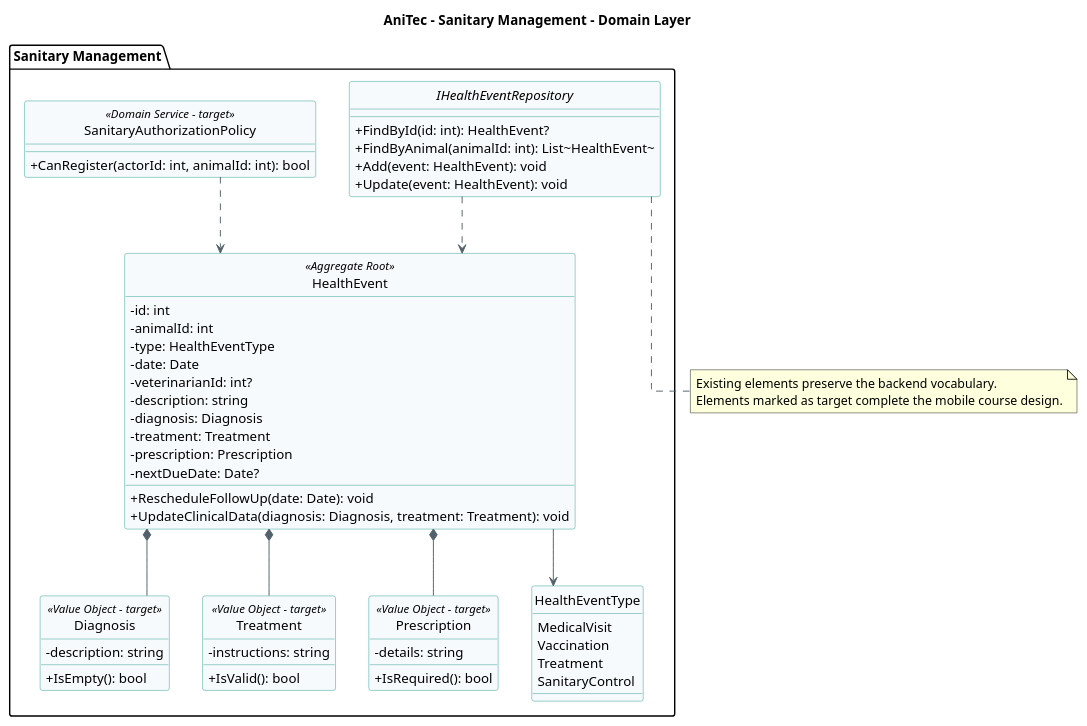
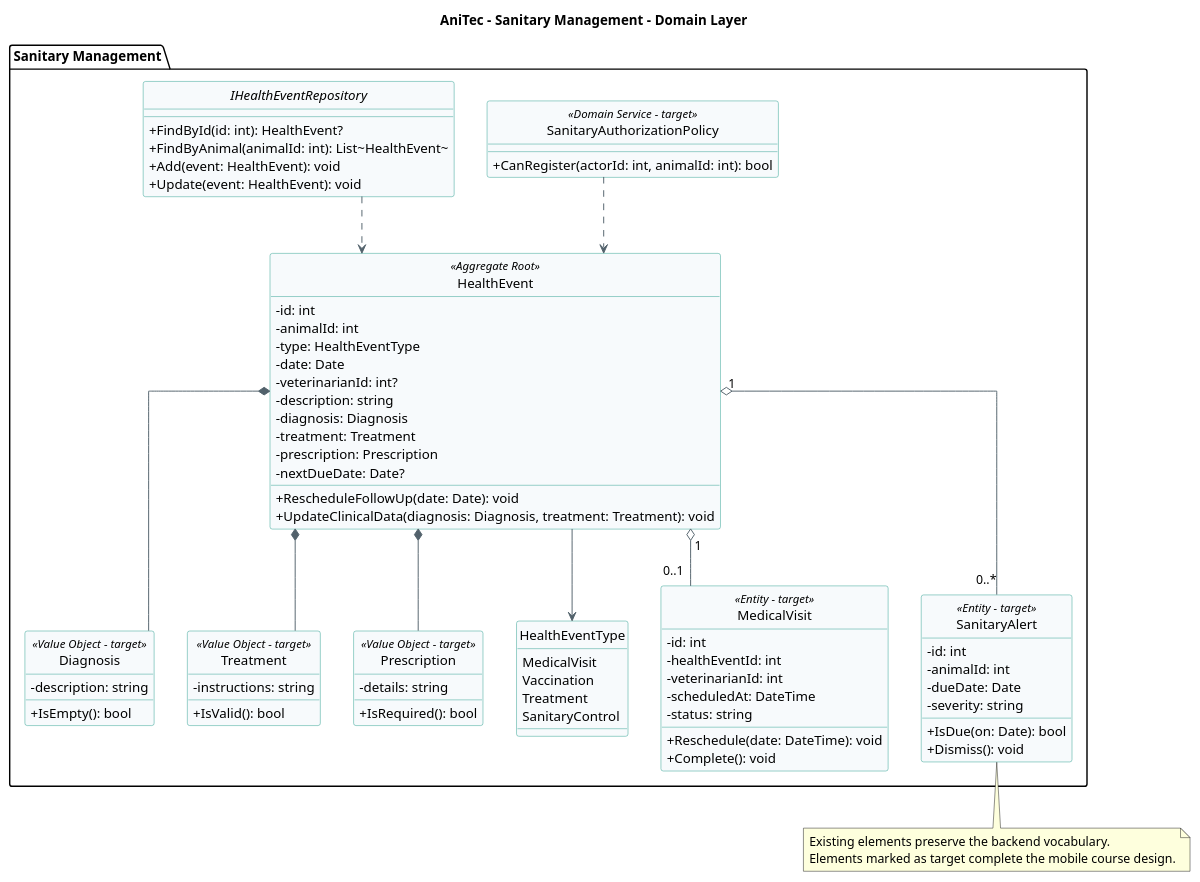
One commit to ADM-1ACC0238-2620-13975-Grupo01/Informe changed the diagram in markdown/assets/codefordiagrams/2-6-4-Bounded-Context-Sanitary-Management/domain-layer-class-diagram.puml. Above: the diagram before and after it, drawn with PlantUML. The commit also changed 20 other files, not shown here.

```diff
--- a/markdown/assets/codefordiagrams/2-6-4-Bounded-Context-Sanitary-Management/domain-layer-class-diagram.puml
+++ b/markdown/assets/codefordiagrams/2-6-4-Bounded-Context-Sanitary-Management/domain-layer-class-diagram.puml
@@ -1,67 +1,86 @@
 @startuml
 title AniTec - Sanitary Management - Domain Layer
 hide circle
 skinparam classAttributeIconSize 0
 skinparam shadowing false
 skinparam linetype ortho
 skinparam class {
   BackgroundColor #F7FAFC
   BorderColor #2A9D8F
   ArrowColor #52616B
 }
 
 package "Sanitary Management" {
 class HealthEvent <<Aggregate Root>> {
   -id: int
   -animalId: int
   -type: HealthEventType
   -date: Date
   -veterinarianId: int?
   -description: string
   -diagnosis: Diagnosis
   -treatment: Treatment
   -prescription: Prescription
   -nextDueDate: Date?
   +RescheduleFollowUp(date: Date): void
   +UpdateClinicalData(diagnosis: Diagnosis, treatment: Treatment): void
 }
 class Diagnosis <<Value Object - target>> {
   -description: string
   +IsEmpty(): bool
 }
 class Treatment <<Value Object - target>> {
   -instructions: string
   +IsValid(): bool
 }
 class Prescription <<Value Object - target>> {
   -details: string
   +IsRequired(): bool
 }
 enum HealthEventType {
   MedicalVisit
   Vaccination
   Treatment
   SanitaryControl
 }
 class SanitaryAuthorizationPolicy <<Domain Service - target>> {
   +CanRegister(actorId: int, animalId: int): bool
 }
 interface IHealthEventRepository {
   +FindById(id: int): HealthEvent?
   +FindByAnimal(animalId: int): List~HealthEvent~
   +Add(event: HealthEvent): void
   +Update(event: HealthEvent): void
 }
 HealthEvent *-- Diagnosis
 HealthEvent *-- Treatment
 HealthEvent *-- Prescription
 HealthEvent --> HealthEventType
 SanitaryAuthorizationPolicy ..> HealthEvent
 IHealthEventRepository ..> HealthEvent
+class MedicalVisit <<Entity - target>> {
+  -id: int
+  -healthEventId: int
+  -veterinarianId: int
+  -scheduledAt: DateTime
+  -status: string
+  +Reschedule(date: DateTime): void
+  +Complete(): void
+}
+class SanitaryAlert <<Entity - target>> {
+  -id: int
+  -animalId: int
+  -dueDate: Date
+  -severity: string
+  +IsDue(on: Date): bool
+  +Dismiss(): void
+}
+HealthEvent "1" o-- "0..1" MedicalVisit
+HealthEvent "1" o-- "0..*" SanitaryAlert
 }
 
 note bottom
   Existing elements preserve the backend vocabulary.
   Elements marked as target complete the mobile course design.
 end note
 @enduml
```
